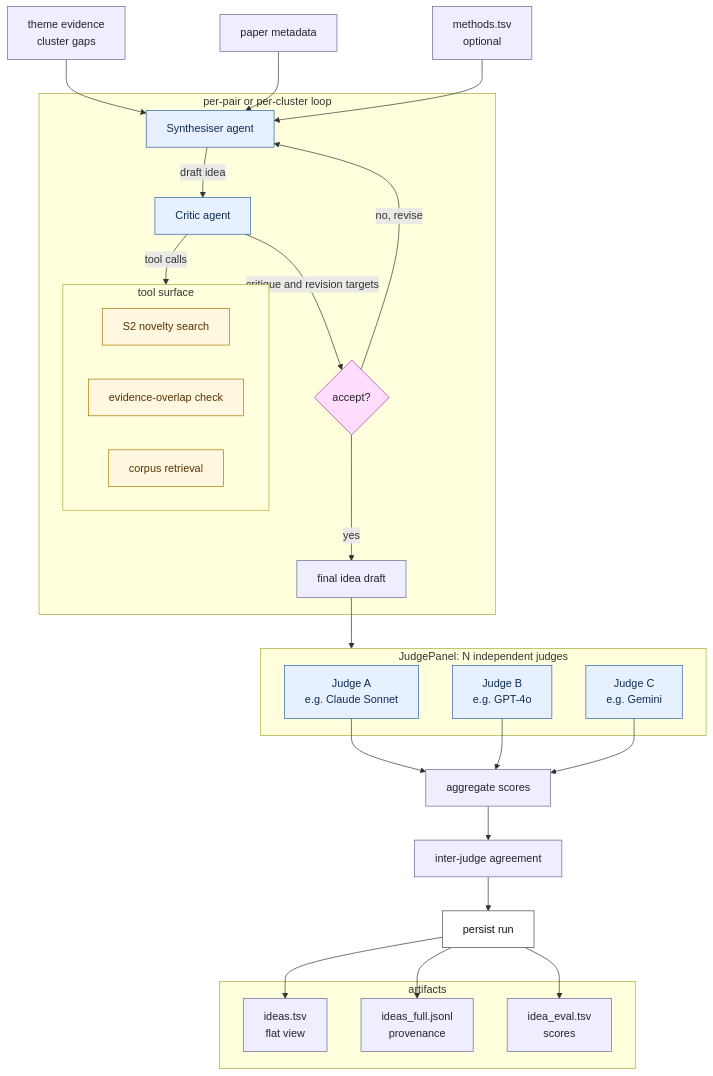
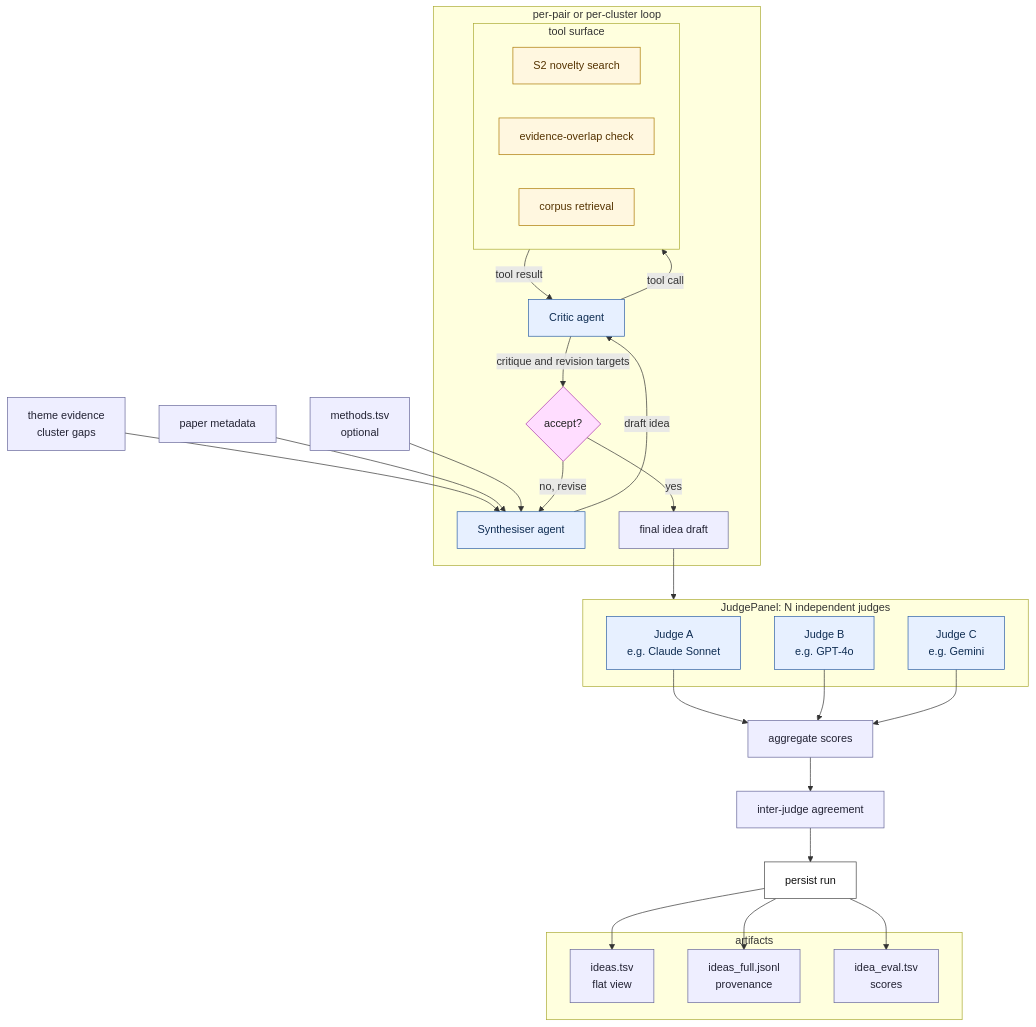
Before and after one commit to Yazangthb/Gap2Idea: the diagram in docs/figures/orchestrated_mode.mmd, drawn with Mermaid.

Commit message:
docs(figures): show tool results returning to Critic

```diff
--- a/docs/figures/orchestrated_mode.mmd
+++ b/docs/figures/orchestrated_mode.mmd
@@ -1,66 +1,67 @@
 %% Gap2Idea — orchestrated multi-agent idea generation (thesis Figure 3)
 %% Reflects pipeline/orchestrator.py + pipeline/agents.py on master
 
 flowchart TD
     IN1["theme evidence<br/>cluster gaps"]
     IN2["paper metadata"]
     IN3["methods.tsv<br/>optional"]
 
     IN1 --> SYN
     IN2 --> SYN
     IN3 --> SYN
 
     subgraph LOOP["per-pair or per-cluster loop"]
         SYN["Synthesiser agent"]
         SYN -->|"draft idea"| CR
         CR["Critic agent"]
-        CR -->|"tool calls"| TOOLS
+        CR -->|"tool call"| TOOLS
+        TOOLS -->|"tool result"| CR
         CR -->|"critique and revision targets"| REV{"accept?"}
         REV -->|"no, revise"| SYN
         REV -->|"yes"| FINAL["final idea draft"]
     end
 
     subgraph TOOLS["tool surface"]
         T1["S2 novelty search"]
         T2["evidence-overlap check"]
         T3["corpus retrieval"]
     end
 
     FINAL --> JP
 
     subgraph JP["JudgePanel: N independent judges"]
         J1["Judge A<br/>e.g. Claude Sonnet"]
         J2["Judge B<br/>e.g. GPT-4o"]
         J3["Judge C<br/>e.g. Gemini"]
     end
 
     J1 --> AGG1
     J2 --> AGG1
     J3 --> AGG1
 
     AGG1["aggregate scores"]
     AGG2["inter-judge agreement"]
     AGG1 --> AGG2
 
     AGG2 --> PERSIST["persist run"]
 
     subgraph ARTIFACTS["artifacts"]
         OUT1["ideas.tsv<br/>flat view"]
         OUT2["ideas_full.jsonl<br/>provenance"]
         OUT3["idea_eval.tsv<br/>scores"]
     end
 
     PERSIST --> OUT1
     PERSIST --> OUT2
     PERSIST --> OUT3
 
     classDef agent fill:#e7f0ff,stroke:#2b5fa6,color:#0e2c52;
     classDef tool fill:#fff7e0,stroke:#aa7700,color:#553300;
     classDef artifact fill:#eef,stroke:#669,color:#223;
     classDef decision fill:#fdf,stroke:#a3a,color:#222;
     classDef step fill:#fff,stroke:#444,color:#111;
     class SYN,CR,J1,J2,J3 agent;
     class T1,T2,T3 tool;
     class IN1,IN2,IN3,FINAL,AGG1,AGG2,OUT1,OUT2,OUT3 artifact;
     class PERSIST step;
     class REV decision;
```
